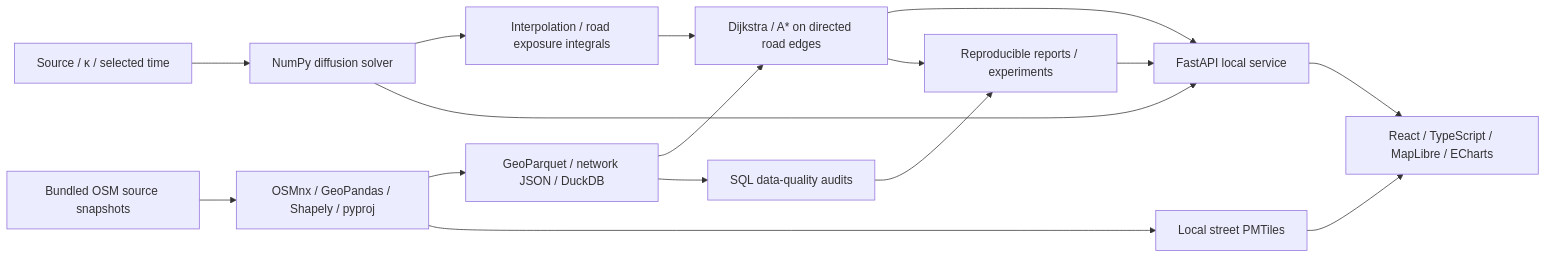
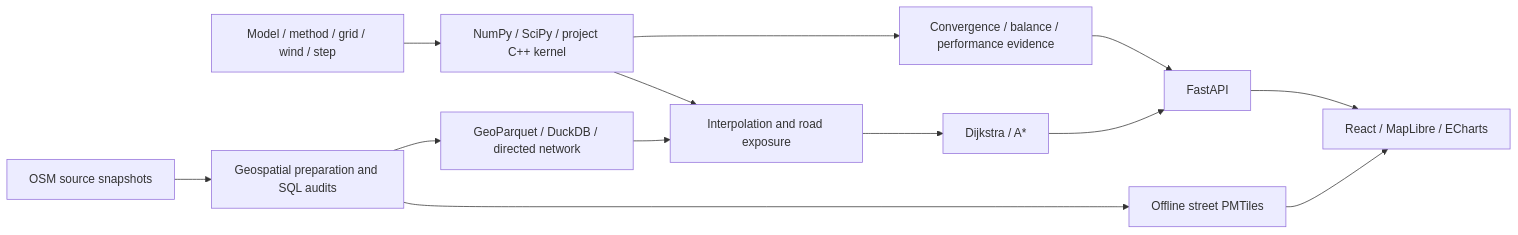
Before and after one commit to roy-pyke/Flow: the diagram in README.md, drawn with Mermaid. The commit also changed other lines of this file and 53 other files, not shown here.

````diff
--- a/README.md
+++ b/README.md
@@ -111,18 +134,15 @@
 ```mermaid
 flowchart LR
-    OSM["Bundled OSM source snapshots"] --> ETL["OSMnx / GeoPandas / Shapely / pyproj"]
-    ETL --> DATA["GeoParquet / network JSON / DuckDB"]
-    ETL --> MAP["Local street PMTiles"]
-    DATA --> ROUTE["Dijkstra / A* on directed road edges"]
-    PARAMS["Source / κ / selected time"] --> PDE["NumPy diffusion solver"]
-    PDE --> INTEGRAL["Interpolation / road exposure integrals"]
-    INTEGRAL --> ROUTE
-    DATA --> SQL["SQL data-quality audits"]
-    ROUTE --> API["FastAPI local service"]
-    PDE --> API
-    SQL --> REPORTS["Reproducible reports / experiments"]
-    ROUTE --> REPORTS
-    REPORTS --> API
-    API --> UI["React / TypeScript / MapLibre / ECharts"]
+    OSM[OSM source snapshots] --> ETL[Geospatial preparation and SQL audits]
+    ETL --> NET[GeoParquet / DuckDB / directed network]
+    ETL --> MAP[Offline street PMTiles]
+    INPUT[Model / method / grid / wind / step] --> PDE[NumPy / SciPy / project C++ kernel]
+    PDE --> DIAG[Convergence / balance / performance evidence]
+    PDE --> INTEGRAL[Interpolation and road exposure]
+    NET --> INTEGRAL
+    INTEGRAL --> ROUTE[Dijkstra / A*]
+    DIAG --> API[FastAPI]
+    ROUTE --> API
+    API --> UI[React / MapLibre / ECharts]
     MAP --> UI
 ```
````
